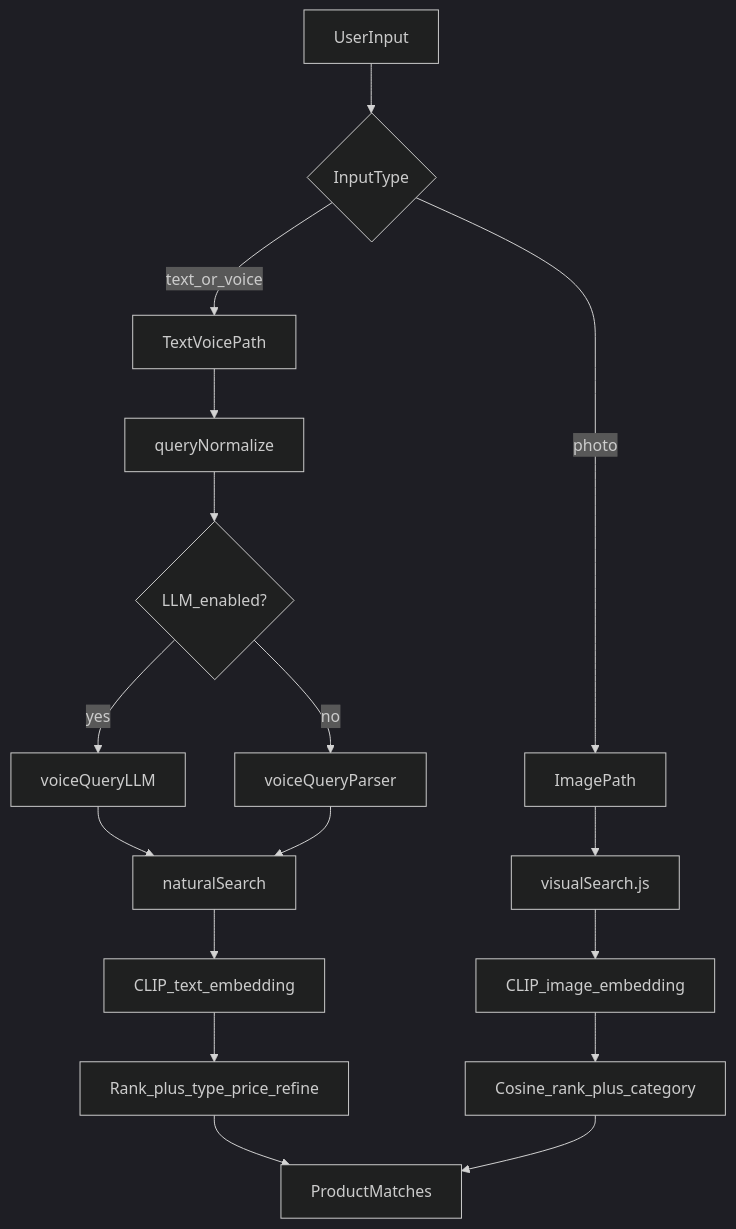
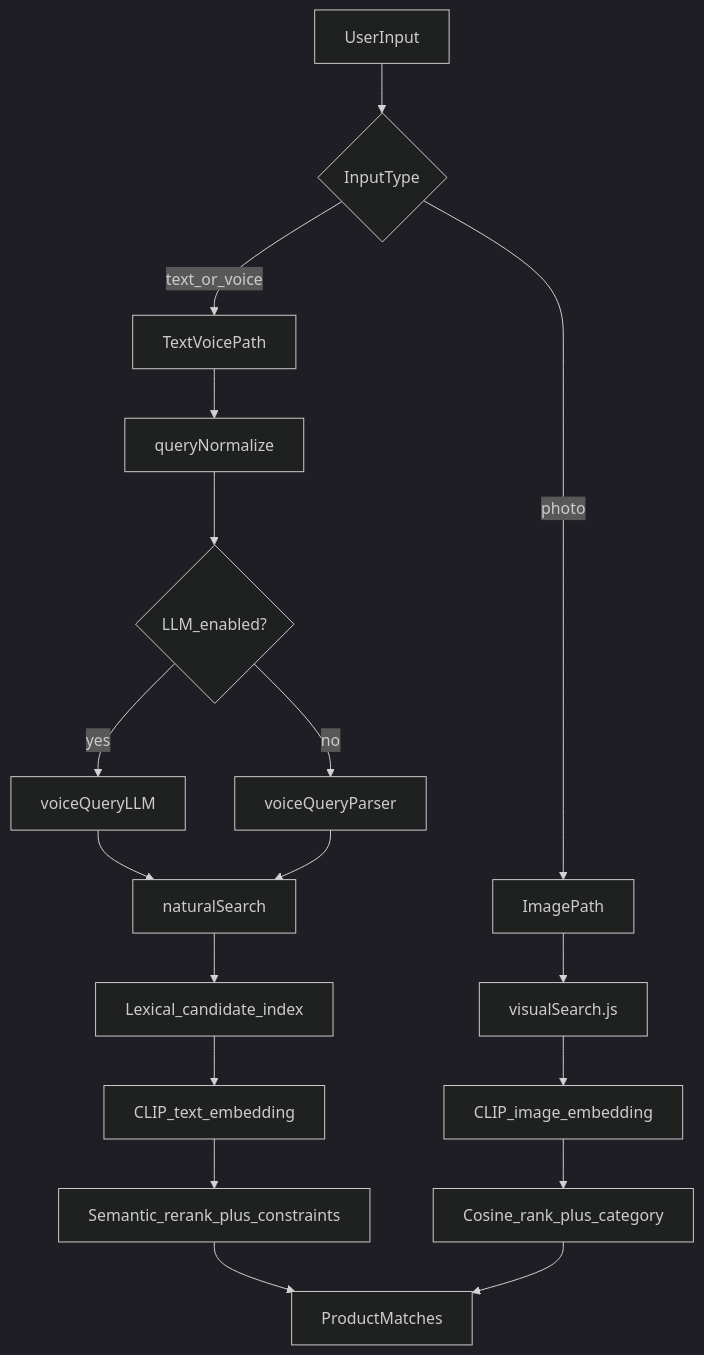
Before and after one commit to kunalkachru/EcommerceAppFullStack: the first of 4 diagrams in docs/ML_SEARCH.md, drawn with Mermaid (dark theme). The commit also changed other lines of this file and 63 other files, not shown here.

````diff
--- a/docs/ML_SEARCH.md
+++ b/docs/ML_SEARCH.md
@@ -25,19 +30,20 @@
 ```mermaid
 flowchart TD
   input[UserInput] --> router{InputType}
   router -->|text_or_voice| textPath[TextVoicePath]
   router -->|photo| imagePath[ImagePath]
   textPath --> normalize[queryNormalize]
   normalize --> intent{LLM_enabled?}
   intent -->|yes| llm[voiceQueryLLM]
   intent -->|no| rules[voiceQueryParser]
   llm --> naturalSearch[naturalSearch]
   rules --> naturalSearch
-  naturalSearch --> clipText[CLIP_text_embedding]
-  clipText --> rank[Rank_plus_type_price_refine]
+  naturalSearch --> lexical[Lexical_candidate_index]
+  lexical --> clipText[CLIP_text_embedding]
+  clipText --> rank[Semantic_rerank_plus_constraints]
   rank --> results[ProductMatches]
   imagePath --> visualSearch[visualSearch.js]
   visualSearch --> clipImage[CLIP_image_embedding]
   clipImage --> imgRank[Cosine_rank_plus_category]
   imgRank --> results
 ```
````
